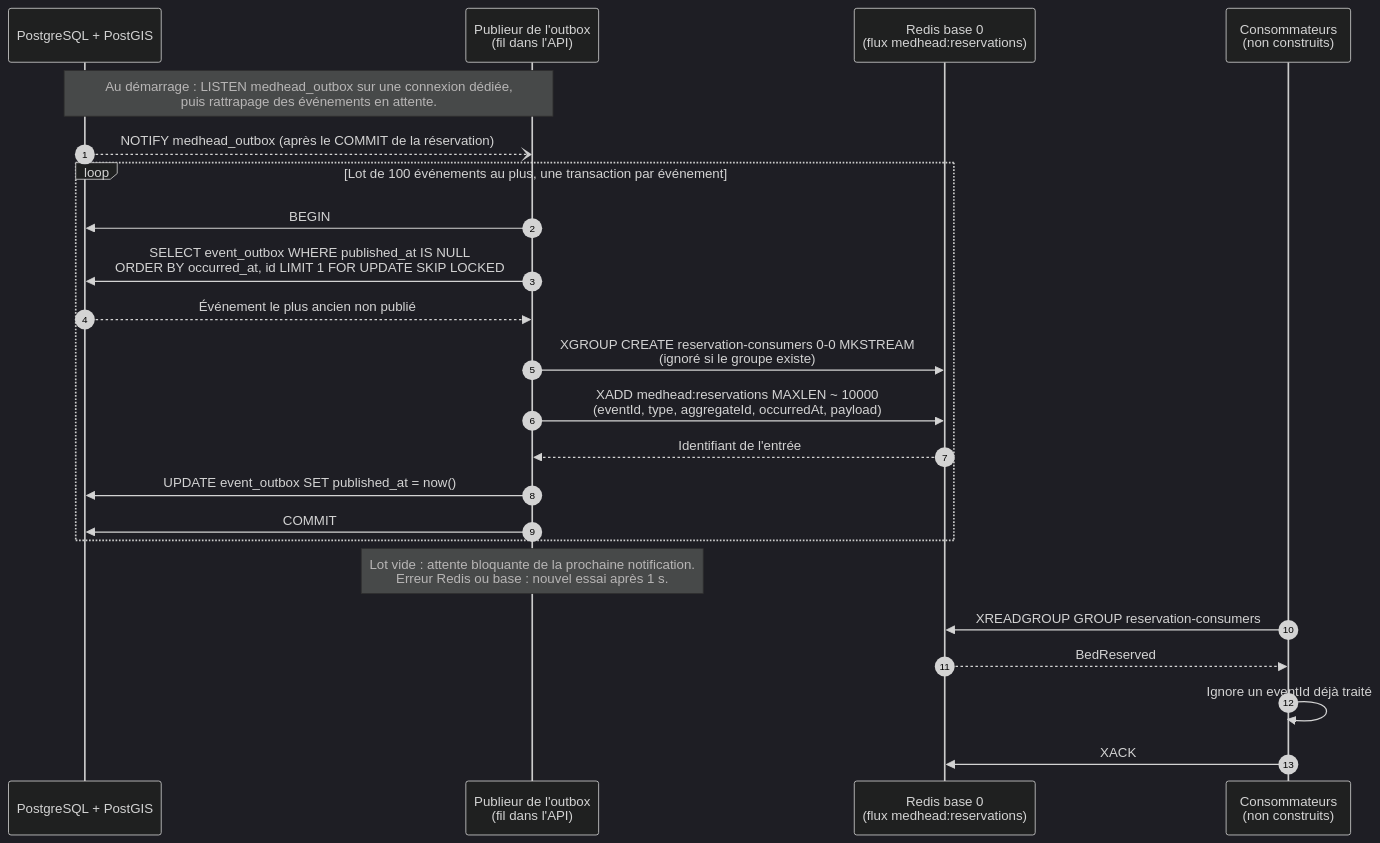
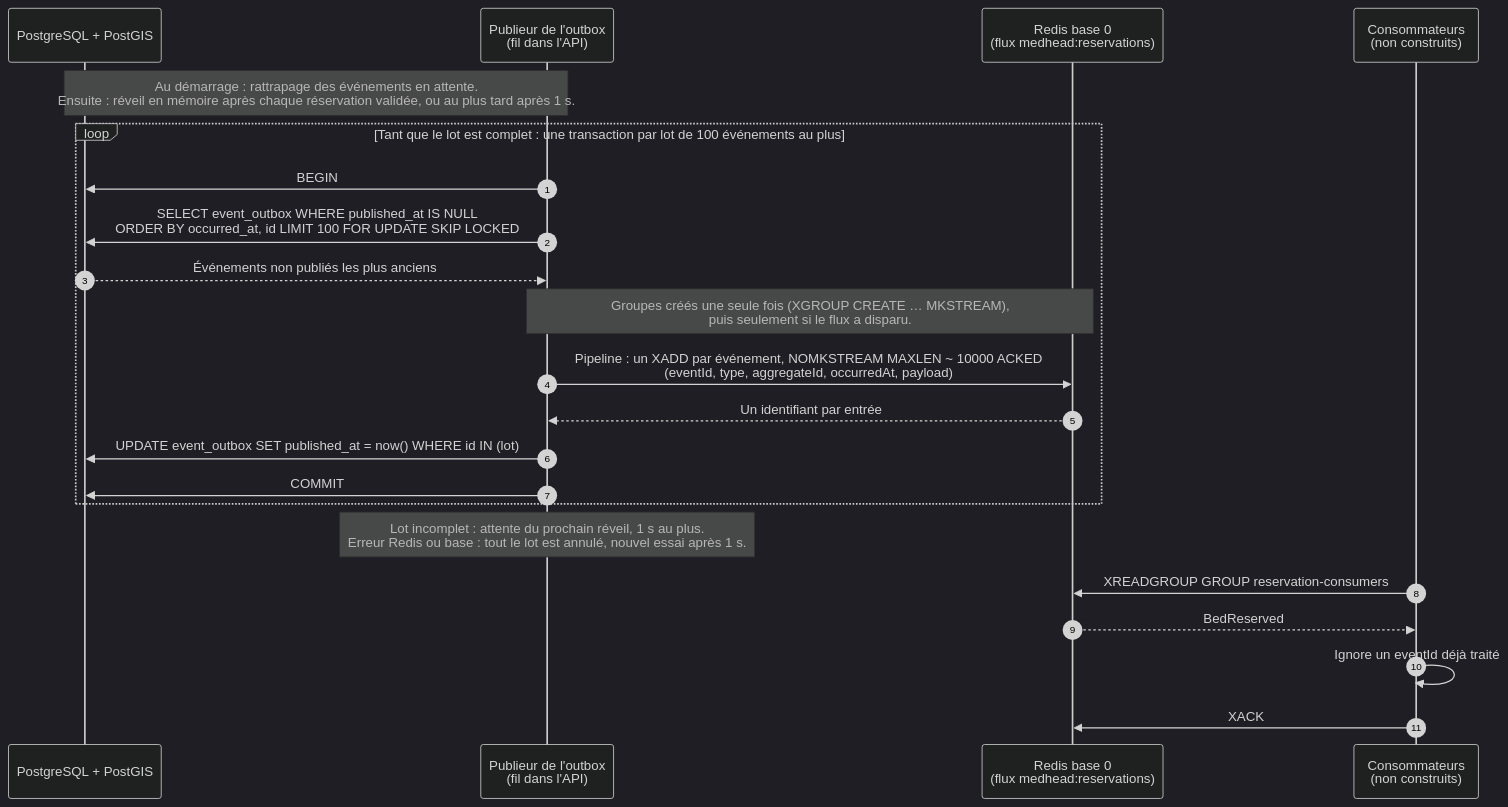
The second of 2 diagrams in diagrammes/sequence-reservation.md (TheFatAndFurious/MedHead-architecture), drawn with Mermaid (dark theme) before and after one commit. The commit also changed other lines of this file and 3 other files, not shown here.

````diff
--- a/diagrammes/sequence-reservation.md
+++ b/diagrammes/sequence-reservation.md
@@ -84,29 +87,28 @@
 ```mermaid
 sequenceDiagram
     autonumber
     participant P as PostgreSQL + PostGIS
     participant L as Publieur de l'outbox<br/>(fil dans l'API)
     participant X as Redis base 0<br/>(flux medhead:reservations)
     participant C as Consommateurs<br/>(non construits)
 
-    Note over L,P: Au démarrage : LISTEN medhead_outbox sur une connexion dédiée,<br/>puis rattrapage des événements en attente.
-    P--)L: NOTIFY medhead_outbox (après le COMMIT de la réservation)
+    Note over L,P: Au démarrage : rattrapage des événements en attente.<br/>Ensuite : réveil en mémoire après chaque réservation validée, ou au plus tard après 1 s.
 
-    loop Lot de 100 événements au plus, une transaction par événement
+    loop Tant que le lot est complet : une transaction par lot de 100 événements au plus
         L->>P: BEGIN
-        L->>P: SELECT event_outbox WHERE published_at IS NULL<br/>ORDER BY occurred_at, id LIMIT 1 FOR UPDATE SKIP LOCKED
-        P-->>L: Événement le plus ancien non publié
-        L->>X: XGROUP CREATE reservation-consumers 0-0 MKSTREAM<br/>(ignoré si le groupe existe)
-        L->>X: XADD medhead:reservations MAXLEN ~ 10000<br/>(eventId, type, aggregateId, occurredAt, payload)
-        X-->>L: Identifiant de l'entrée
-        L->>P: UPDATE event_outbox SET published_at = now()
+        L->>P: SELECT event_outbox WHERE published_at IS NULL<br/>ORDER BY occurred_at, id LIMIT 100 FOR UPDATE SKIP LOCKED
+        P-->>L: Événements non publiés les plus anciens
+        Note over L,X: Groupes créés une seule fois (XGROUP CREATE … MKSTREAM),<br/>puis seulement si le flux a disparu.
+        L->>X: Pipeline : un XADD par événement, NOMKSTREAM MAXLEN ~ 10000 ACKED<br/>(eventId, type, aggregateId, occurredAt, payload)
+        X-->>L: Un identifiant par entrée
+        L->>P: UPDATE event_outbox SET published_at = now() WHERE id IN (lot)
         L->>P: COMMIT
     end
 
-    Note over L: Lot vide : attente bloquante de la prochaine notification.<br/>Erreur Redis ou base : nouvel essai après 1 s.
+    Note over L: Lot incomplet : attente du prochain réveil, 1 s au plus.<br/>Erreur Redis ou base : tout le lot est annulé, nouvel essai après 1 s.
 
     C->>X: XREADGROUP GROUP reservation-consumers
     X-->>C: BedReserved
     C->>C: Ignore un eventId déjà traité
     C->>X: XACK
 ```
````
